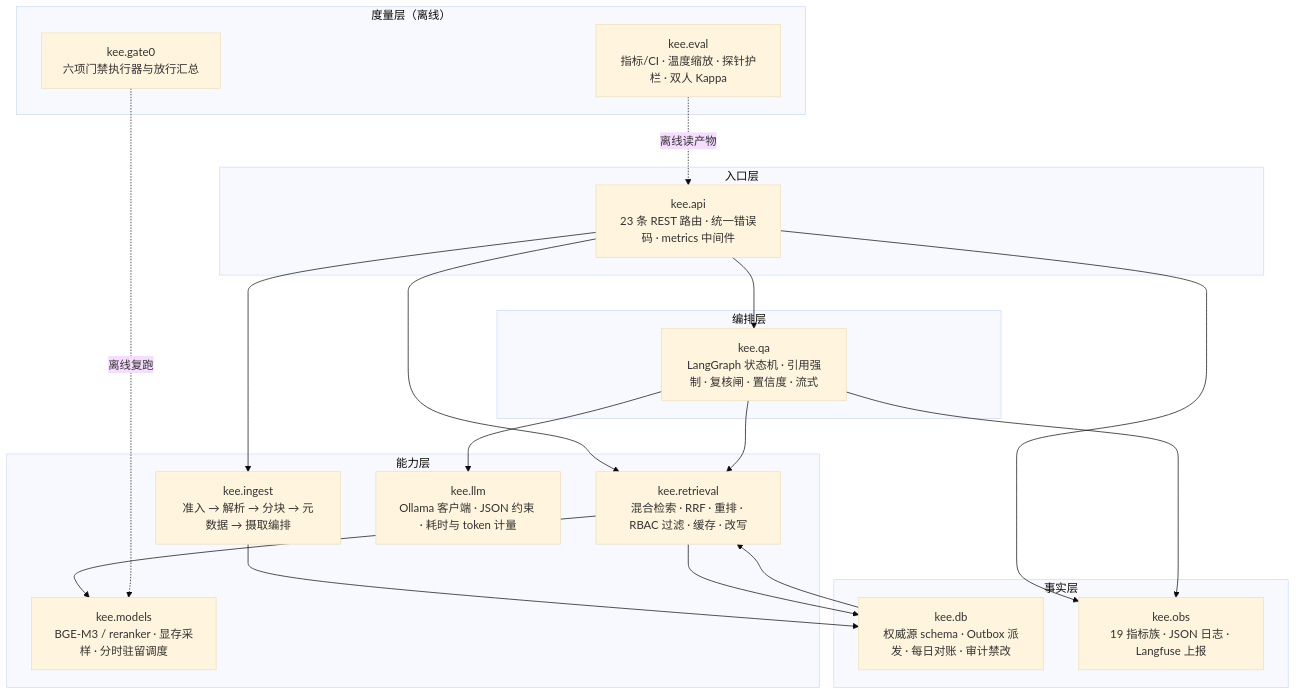
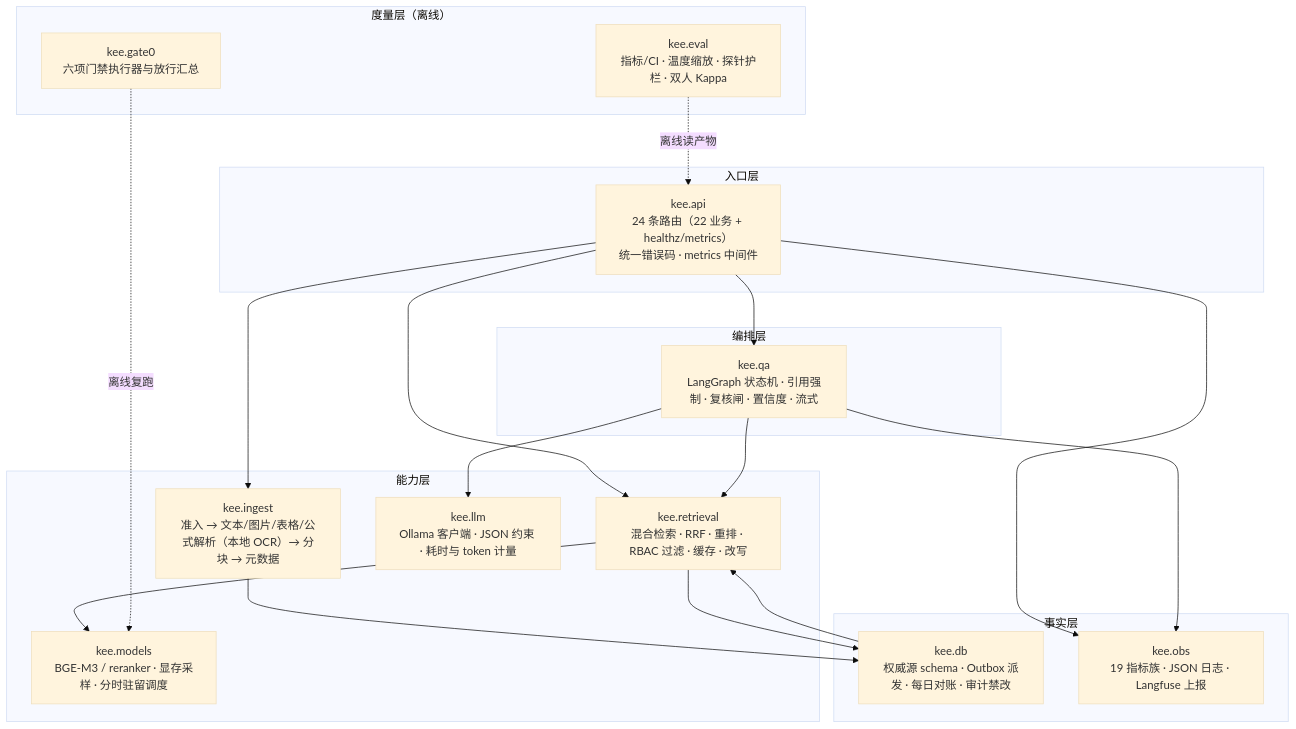
The second of 4 diagrams in Material/架构图文档.md (young0617-02/know-effect-engine), drawn with Mermaid (base theme) before and after one commit. The commit also changed other lines of this file and 22 other files, not shown here.

First line of the commit message:
refactor(ingest): 移除 VLM，图片/图表回归本地 MinerU OCR

````diff
--- a/Material/架构图文档.md
+++ b/Material/架构图文档.md
@@ -88,37 +90,37 @@
 ```mermaid
 flowchart TB
   subgraph L1["入口层"]
-    APIPY["kee.api<br/>23 条 REST 路由 · 统一错误码 · metrics 中间件"]
+    APIPY["kee.api<br/>24 条路由（22 业务 + healthz/metrics）<br/>统一错误码 · metrics 中间件"]
   end
   subgraph L2["编排层"]
     QAPY["kee.qa<br/>LangGraph 状态机 · 引用强制 · 复核闸 · 置信度 · 流式"]
   end
   subgraph L3["能力层"]
     RET["kee.retrieval<br/>混合检索 · RRF · 重排 · RBAC 过滤 · 缓存 · 改写"]
-    ING["kee.ingest<br/>准入 → 解析 → 分块 → 元数据 → 摄取编排"]
+    ING["kee.ingest<br/>准入 → 文本/图片/表格/公式解析（本地 OCR）→ 分块 → 元数据"]
     LLM["kee.llm<br/>Ollama 客户端 · JSON 约束 · 耗时与 token 计量"]
     MOD["kee.models<br/>BGE-M3 / reranker · 显存采样 · 分时驻留调度"]
   end
   subgraph L4["事实层"]
     DB["kee.db<br/>权威源 schema · Outbox 派发 · 每日对账 · 审计禁改"]
     OBS["kee.obs<br/>19 指标族 · JSON 日志 · Langfuse 上报"]
   end
   subgraph L5["度量层（离线）"]
     EVAL["kee.eval<br/>指标/CI · 温度缩放 · 探针护栏 · 双人 Kappa"]
     G0["kee.gate0<br/>六项门禁执行器与放行汇总"]
   end
 
   APIPY --> QAPY
   APIPY --> ING
   APIPY --> RET
   QAPY --> RET
   QAPY --> LLM
   RET --> MOD
   ING --> DB
   DB --> RET
   RET --> DB
   APIPY --> OBS
   QAPY --> OBS
   EVAL -.离线读产物.-> APIPY
   G0 -.离线复跑.-> MOD
 ```
````
